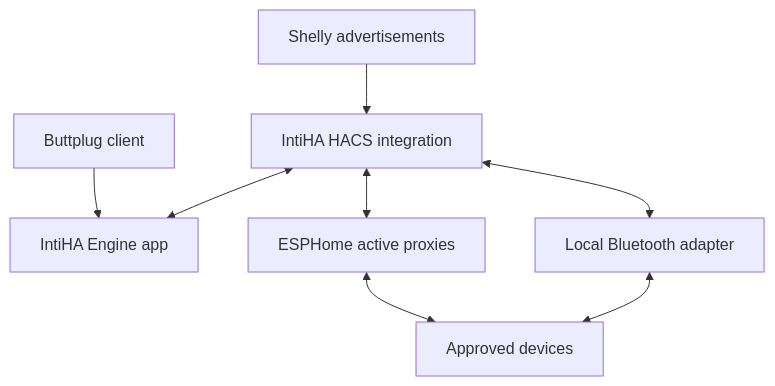
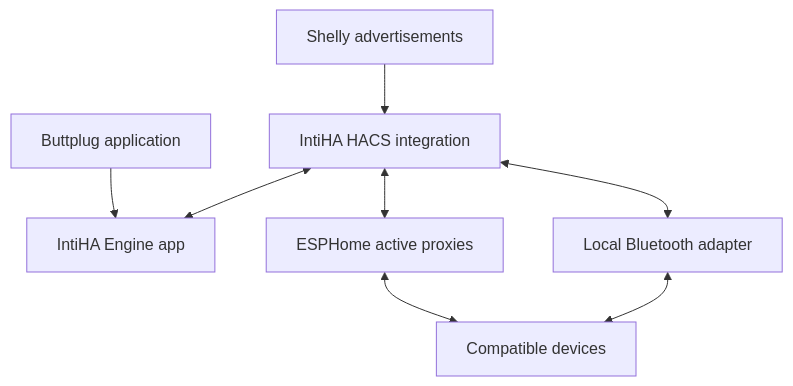
One commit to s2n2/IntiHA changed the diagram in README.md. Above: the diagram before and after it, drawn with Mermaid. The commit also changed other lines of this file and 26 other files, not shown here.

````diff
--- a/README.md
+++ b/README.md
@@ -40,10 +141,10 @@
 ```mermaid
 flowchart TD
-    Client["Buttplug client"] --> Engine["IntiHA Engine app"]
+    Client["Buttplug application"] --> Engine["IntiHA Engine app"]
     HA["IntiHA HACS integration"] <--> Engine
     HA <--> ESP["ESPHome active proxies"]
     HA <--> USB["Local Bluetooth adapter"]
     Shelly["Shelly advertisements"] --> HA
-    ESP <--> Device["Approved devices"]
+    ESP <--> Device["Compatible devices"]
     USB <--> Device
 ```
````
